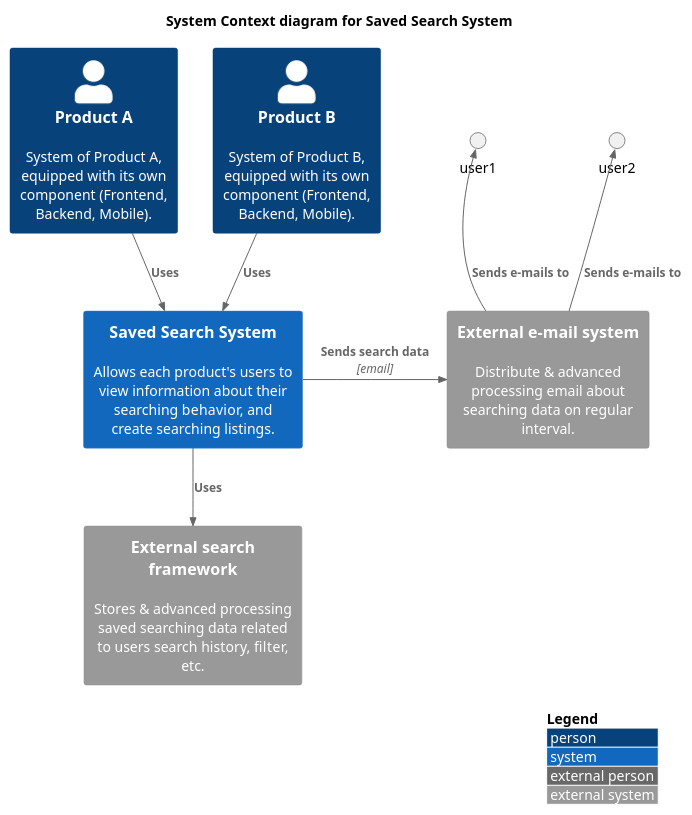
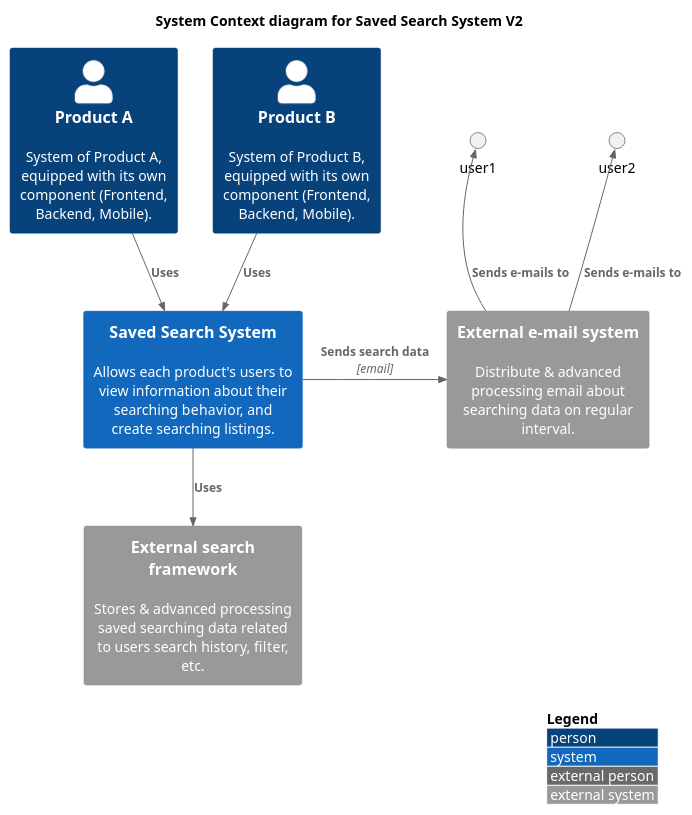
The diagram in figures/system-contextv2.puml (djiwandou/scaleup), drawn with PlantUML before and after one commit. The commit also changed 2 other files, not shown here.

Commit message:
Graph: Add version to the context diagram

```diff
--- a/figures/system-contextv2.puml
+++ b/figures/system-contextv2.puml
@@ -1,23 +1,23 @@
 @startuml
 '!include https://raw.githubusercontent.com/plantuml-stdlib/C4-PlantUML/master/C4_Context.puml
 ' uncomment the following line and comment the first to use locally
  !include C4_Context.puml
 
 LAYOUT_WITH_LEGEND()
 
-title System Context diagram for Saved Search System
+title System Context diagram for Saved Search System V2
 
 Person(product1, "Product A", "System of Product A, equipped with its own component (Frontend, Backend, Mobile).")
 Person(product2, "Product B", "System of Product B, equipped with its own component (Frontend, Backend, Mobile).")
 System(saved_search_system, "Saved Search System", "Allows each product's users to view information about their searching behavior, and create searching listings.")
 
 System_Ext(mail_system, "External e-mail system", "Distribute & advanced processing email about searching data on regular interval.")
 System_Ext(framework, "External search framework", "Stores & advanced processing saved searching data related to users search history, filter, etc.")
 
 Rel(product1, saved_search_system, "Uses")
 Rel(product2, saved_search_system, "Uses")
 Rel_Back(user1, mail_system, "Sends e-mails to") 
 Rel_Back(user2, mail_system, "Sends e-mails to")
 Rel_Neighbor(saved_search_system, mail_system, "Sends search data", "email")
 Rel(saved_search_system, framework, "Uses")
 @enduml
```
